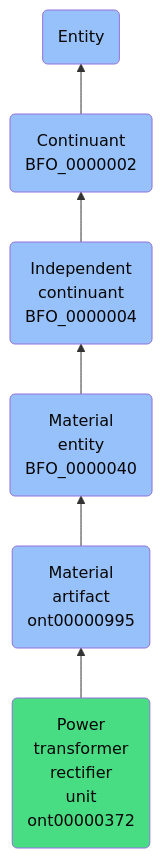
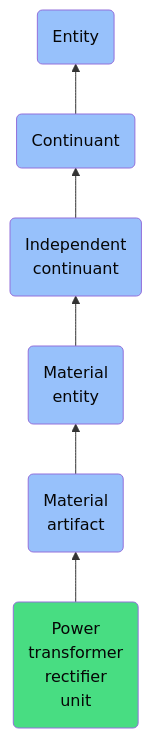
One commit to jupyter-naas/abi changed the diagram in docs/ontology/reference/model/Entity/Continuant/Independent continuant/Material entity/Material artifact/Power transformer rectifier unit/Power transformer rectifier unit.md. Above: the diagram before and after it, drawn with Mermaid. The commit also changed other lines of this file and 1430 other files, not shown here.

````diff
--- a/docs/ontology/reference/model/Entity/Continuant/Independent continuant/Material entity/Material artifact/Power transformer rectifier unit/Power transformer rectifier unit.md
+++ b/docs/ontology/reference/model/Entity/Continuant/Independent continuant/Material entity/Material artifact/Power transformer rectifier unit/Power transformer rectifier unit.md
@@ -24,13 +24,13 @@
 ```mermaid
 graph BT
-    ont00000372(Power<br>transformer<br>rectifier<br>unit<br>ont00000372):::ABI-->ont00000995
-    ont00000995(Material<br>artifact<br>ont00000995):::BFO-->BFO_0000040
-    BFO_0000040(Material<br>entity<br>BFO_0000040):::BFO-->BFO_0000004
-    BFO_0000004(Independent<br>continuant<br>BFO_0000004):::BFO-->BFO_0000002
-    BFO_0000002(Continuant<br>BFO_0000002):::BFO-->BFO_0000001
+    ont00000372(Power<br>transformer<br>rectifier<br>unit):::ABI-->ont00000995
+    ont00000995(Material<br>artifact):::BFO-->BFO_0000040
+    BFO_0000040(Material<br>entity):::BFO-->BFO_0000004
+    BFO_0000004(Independent<br>continuant):::BFO-->BFO_0000002
+    BFO_0000002(Continuant):::BFO-->BFO_0000001
     BFO_0000001(Entity):::BFO
     
     classDef BFO fill:#97c1fb,color:#060606
     classDef CCO fill:#e4c51e,color:#060606
     classDef ABI fill:#48DD82,color:#060606
 ```
````
